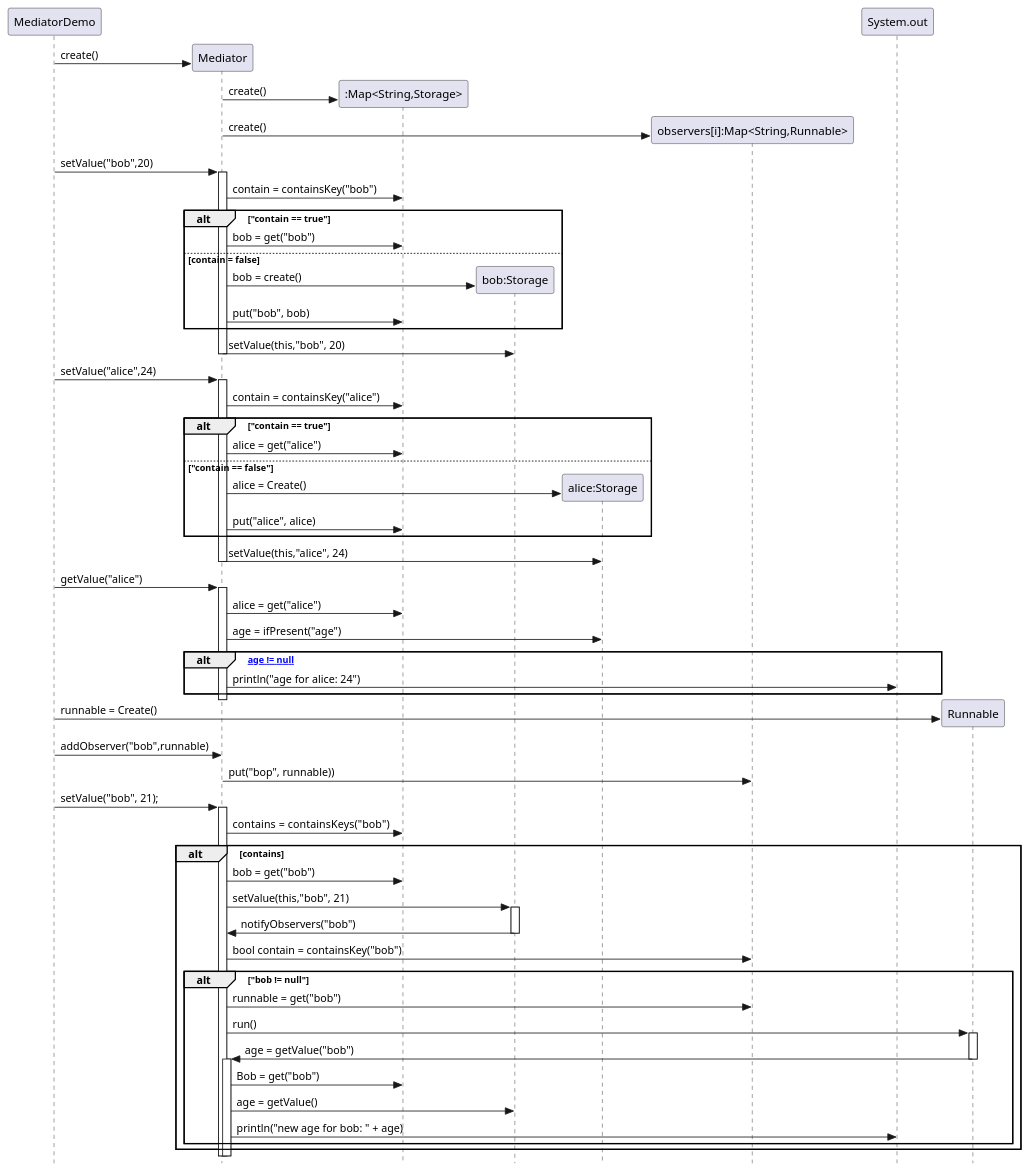
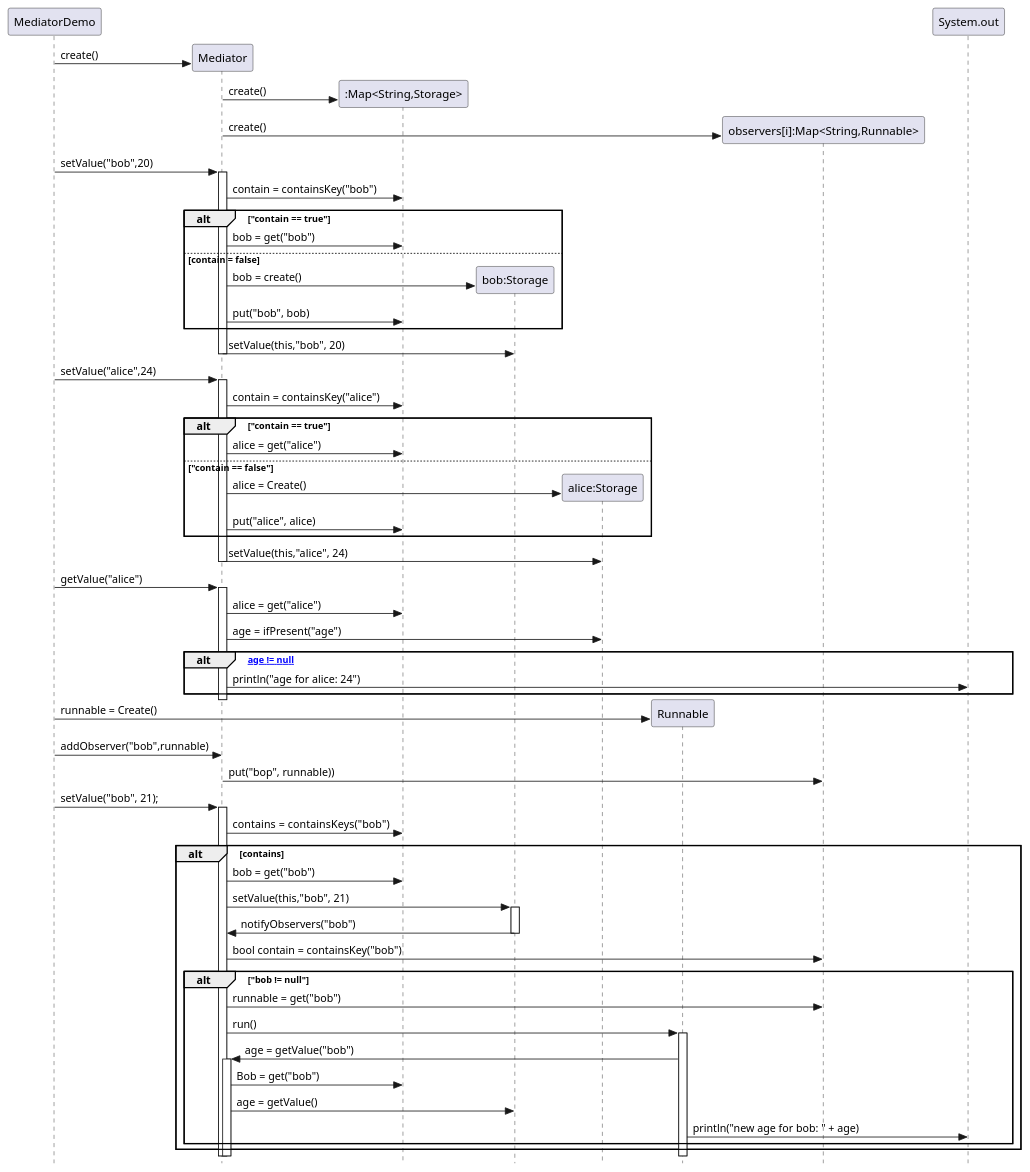
One commit to yvanross/LOG121-GOF-exemples changed the second of 2 diagrams in src/main/java/Mediateur/Storage/README.md. Above: the diagram before and after it, drawn with PlantUML. The commit also changed 1 other file, not shown here.

Commit message:
update runnable position

````diff
--- a/src/main/java/Mediateur/Storage/README.md
+++ b/src/main/java/Mediateur/Storage/README.md
@@ -15,77 +15,77 @@
 ```plantuml
 @startuml
 skinparam style strictuml
 participant MediatorDemo 
 participant Mediator
 participant ":Map<String,Storage>" as MSS
 participant "bob:Storage" as Bob
 participant "alice:Storage" as Alice
+participant Runnable
 participant "observers[i]:Map<String,Runnable>" as Observers
 
 MediatorDemo -> Mediator**: create()
 Mediator -> MSS**: create()
 Mediator -> Observers**: create()
 MediatorDemo -> Mediator: setValue("bob",20)
 activate Mediator
 Mediator -> MSS: contain = containsKey("bob")
 alt "contain == true"
 Mediator -> MSS: bob = get("bob")
 else contain = false
   Mediator -> Bob**: bob = create()
 Mediator -> MSS: put("bob", bob)
 end
 Mediator -> Bob: setValue(this,"bob", 20)
 deactivate Mediator
 
 MediatorDemo -> Mediator: setValue("alice",24)
 activate Mediator
 Mediator -> MSS: contain = containsKey("alice")
 alt "contain == true"
 Mediator -> MSS: alice = get("alice")
   else "contain == false"
   Mediator -> Alice**: alice = Create()
   Mediator -> MSS: put("alice", alice)
 end
 Mediator -> Alice: setValue(this,"alice", 24)
 deactivate Mediator
 
 MediatorDemo-> Mediator: getValue("alice")
 activate Mediator
 Mediator -> MSS: alice = get("alice")
 Mediator -> Alice: age = ifPresent("age")
 alt ["age != null"]
 Mediator -> System.out: println("age for alice: 24")
 end
 deactivate Mediator
 
 MediatorDemo -> Runnable**: runnable = Create()
 MediatorDemo -> Mediator: addObserver("bob",runnable) 
 Mediator -> Observers: put("bop", runnable))
 
 MediatorDemo->Mediator: setValue("bob", 21);
 activate Mediator
 
 Mediator -> MSS: contains =  containsKeys("bob")
 alt contains
 Mediator -> MSS: bob = get("bob")
 Mediator -> Bob: setValue(this,"bob", 21)
 activate Bob
 Bob -> Mediator: notifyObservers("bob")
 deactivate Bob
 Mediator -> Observers: bool contain = containsKey("bob")
 alt "bob != null"
 Mediator -> Observers: runnable = get("bob")
 Mediator -> Runnable: run()
 activate Runnable
 Mediator <- Runnable: age = getValue("bob")
-deactivate Runnable
 activate Mediator
 Mediator -> MSS: Bob = get("bob")
 Mediator -> Bob: age = getValue()
-Mediator -> System.out: println("new age for bob: " + age)
+Runnable -> System.out: println("new age for bob: " + age)
 end
 end
 
 
 @enduml
 ```
````
